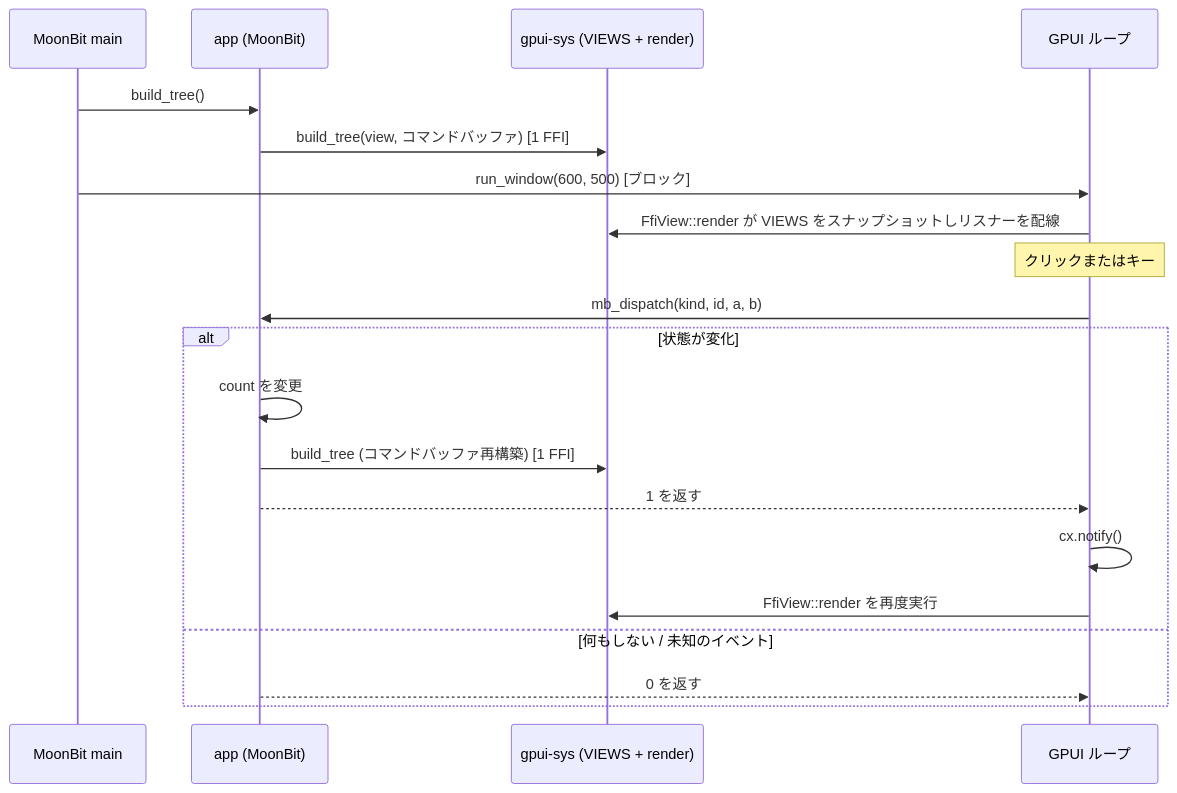
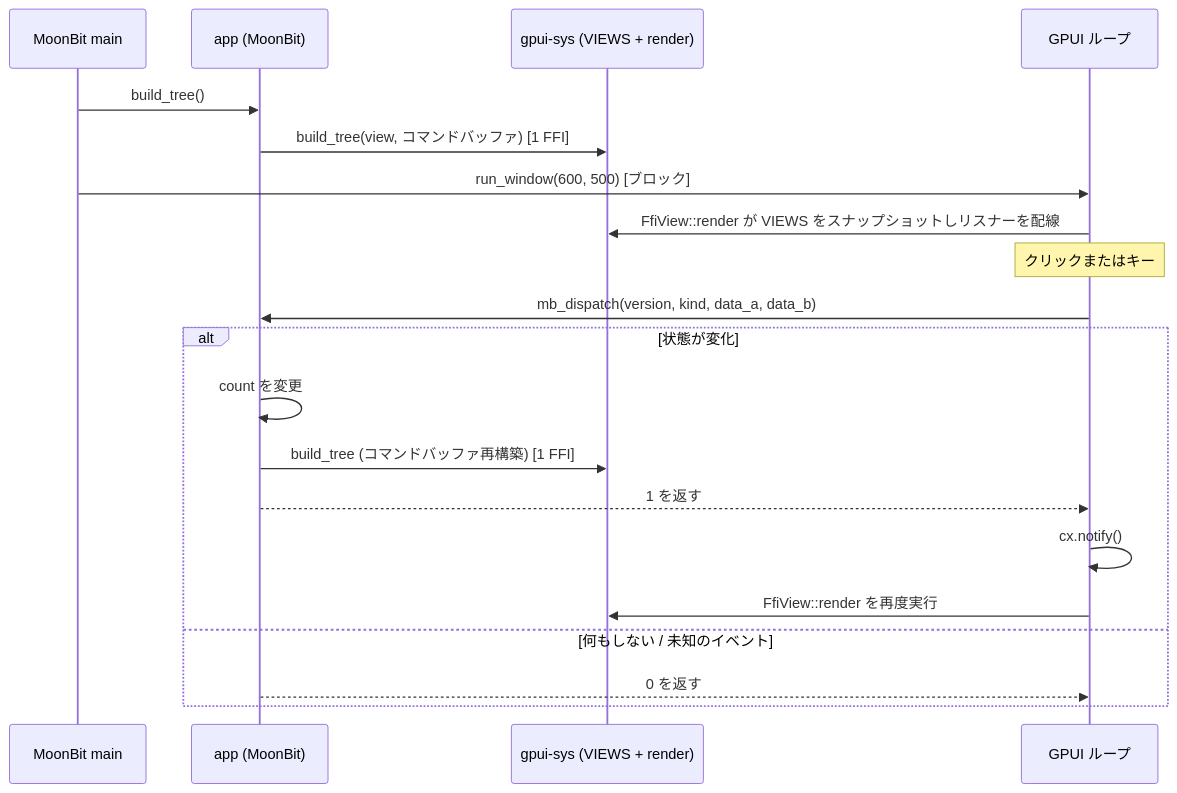
The diagram in docs/architecture.md (nakake/gpui-moonbit), drawn with Mermaid before and after one commit. The commit also changed other lines of this file and 12 other files, not shown here.

````diff
--- a/docs/architecture.md
+++ b/docs/architecture.md
@@ -95,22 +96,22 @@
 ```mermaid
 sequenceDiagram
   participant M as MoonBit main
   participant A as app (MoonBit)
   participant S as gpui-sys (VIEWS + render)
   participant G as GPUI ループ
   M->>A: build_tree()
   A->>S: build_tree(view, コマンドバッファ) [1 FFI]
   M->>G: run_window(600, 500) [ブロック]
   G->>S: FfiView::render が VIEWS をスナップショットしリスナーを配線
   Note over G: クリックまたはキー
-  G->>A: mb_dispatch(kind, id, a, b)
+  G->>A: mb_dispatch(version, kind, data_a, data_b)
   alt 状態が変化
     A->>A: count を変更
     A->>S: build_tree (コマンドバッファ再構築) [1 FFI]
     A-->>G: 1 を返す
     G->>G: cx.notify()
     G->>S: FfiView::render を再度実行
   else 何もしない / 未知のイベント
     A-->>G: 0 を返す
   end
 ```
````
